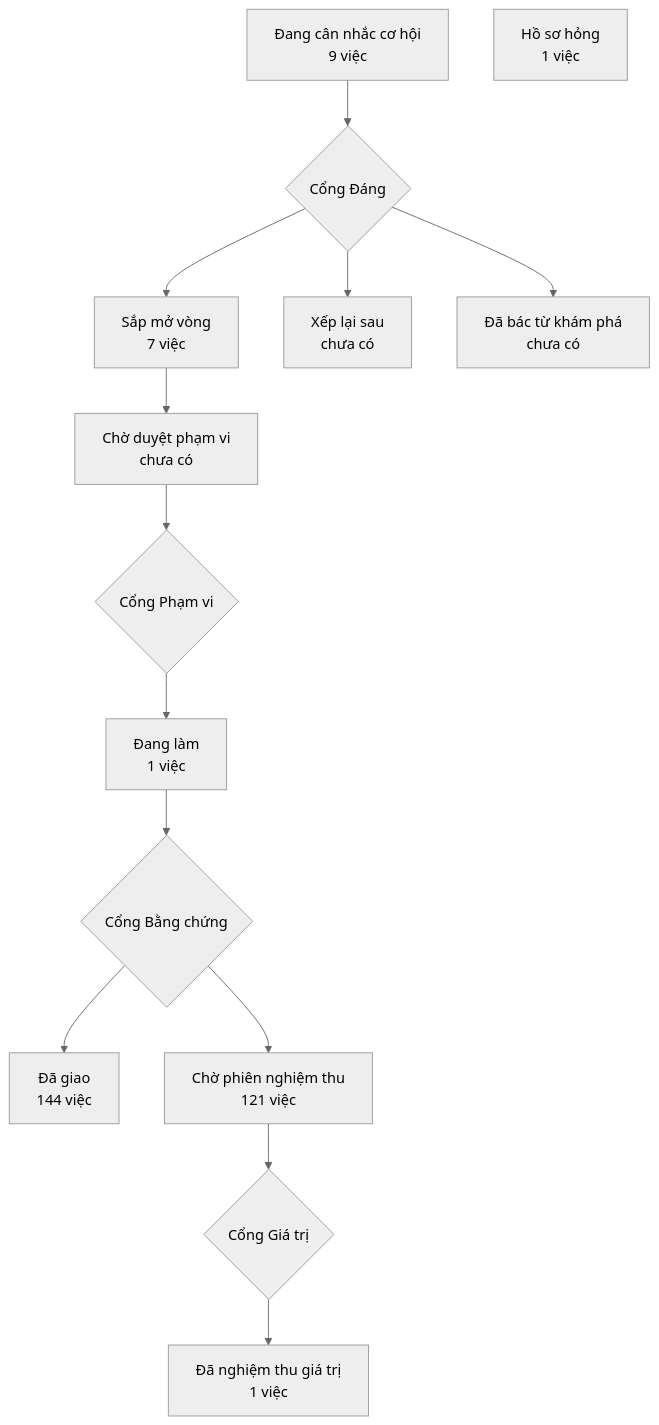
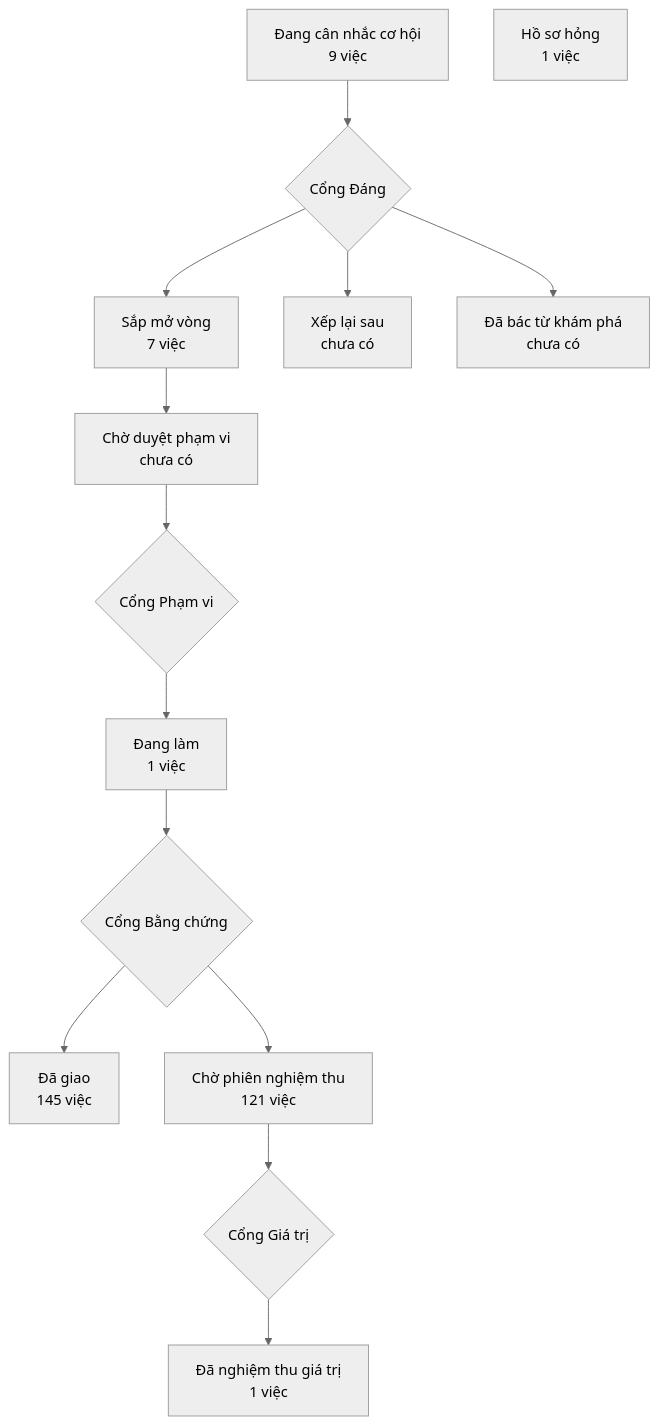
Before and after one commit to phanlemanh/crm-onehub: the diagram in PRODUCT-MAP.md, drawn with Mermaid (neutral theme). The commit also changed other lines of this file and 1 other file, not shown here.

Commit message:
chore(tai-lieu-loc-giu-lich-su): vẽ lại bản đồ sau gộp onehub 6fa8ce417

````diff
--- a/PRODUCT-MAP.md
+++ b/PRODUCT-MAP.md
@@ -7,13 +7,13 @@
 ```mermaid
 flowchart TD
   A["Đang cân nhắc cơ hội<br/>9 việc"] --> GD{"Cổng Đáng"}
   GD --> B["Sắp mở vòng<br/>7 việc"]
   GD --> XL["Xếp lại sau<br/>chưa có"]
   GD --> DB["Đã bác từ khám phá<br/>chưa có"]
   B --> CD["Chờ duyệt phạm vi<br/>chưa có"] --> GP{"Cổng Phạm vi"}
   GP --> DL["Đang làm<br/>1 việc"] --> GB{"Cổng Bằng chứng"}
-  GB --> DG["Đã giao<br/>144 việc"]
+  GB --> DG["Đã giao<br/>145 việc"]
   GB --> CN["Chờ phiên nghiệm thu<br/>121 việc"] --> GG{"Cổng Giá trị"}
   GG --> NT["Đã nghiệm thu giá trị<br/>1 việc"]
   HS["Hồ sơ hỏng<br/>1 việc"]
 ```
````
